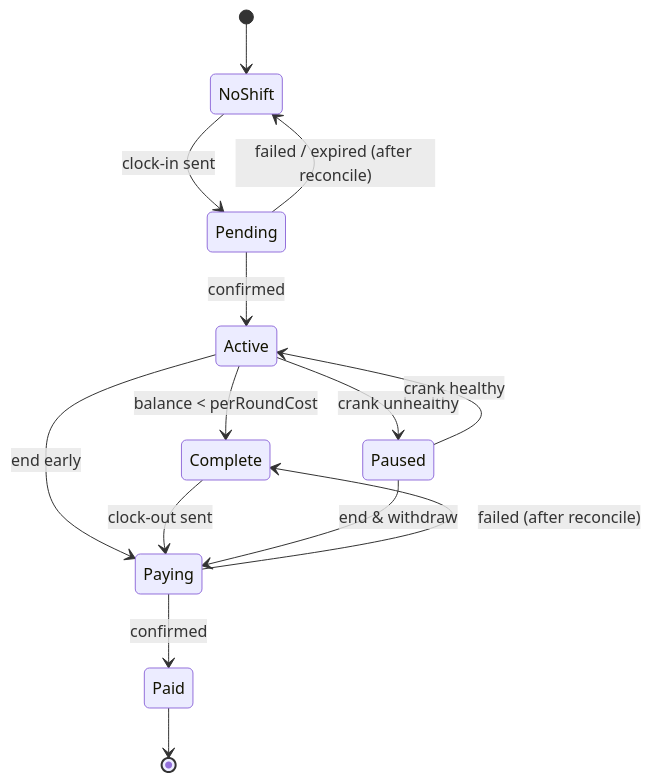
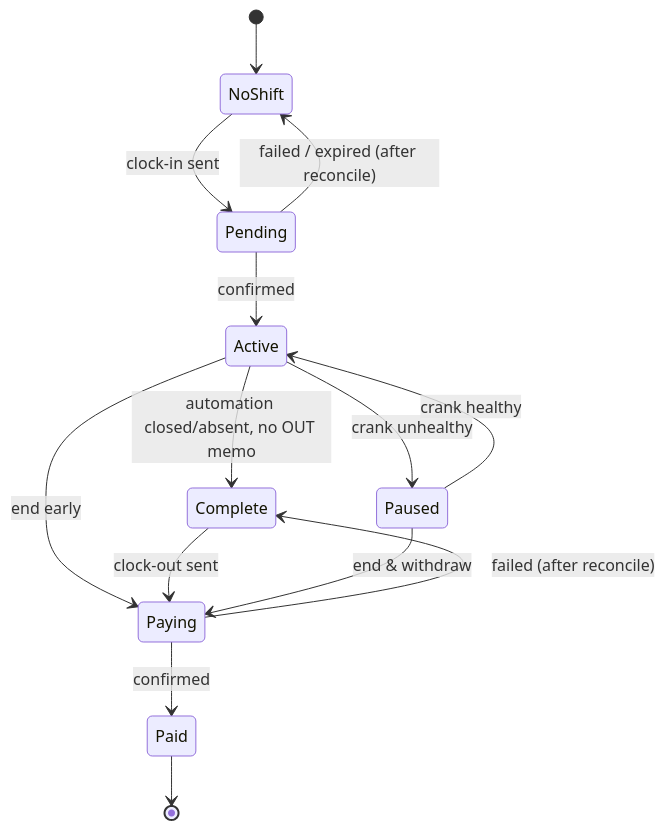
Before and after one commit to blaxko/shift: the second of 2 diagrams in docs/PRD.md, drawn with Mermaid. The commit also changed other lines of this file and 4 other files, not shown here.

````diff
--- a/docs/PRD.md
+++ b/docs/PRD.md
@@ -390,16 +398,16 @@
 ```mermaid
 stateDiagram-v2
   [*] --> NoShift
   NoShift --> Pending: clock-in sent
   Pending --> Active: confirmed
   Pending --> NoShift: failed / expired (after reconcile)
-  Active --> Complete: balance < perRoundCost
+  Active --> Complete: automation closed/absent, no OUT memo
   Active --> Paused: crank unhealthy
   Paused --> Active: crank healthy
   Active --> Paying: end early
   Complete --> Paying: clock-out sent
   Paused --> Paying: end & withdraw
   Paying --> Paid: confirmed
   Paying --> Complete: failed (after reconcile)
   Paid --> [*]
 ```
````
